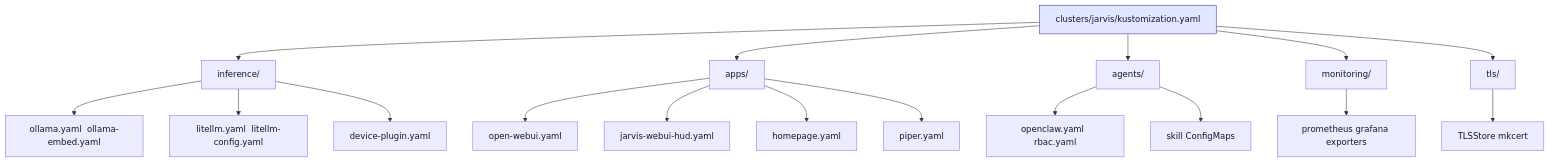
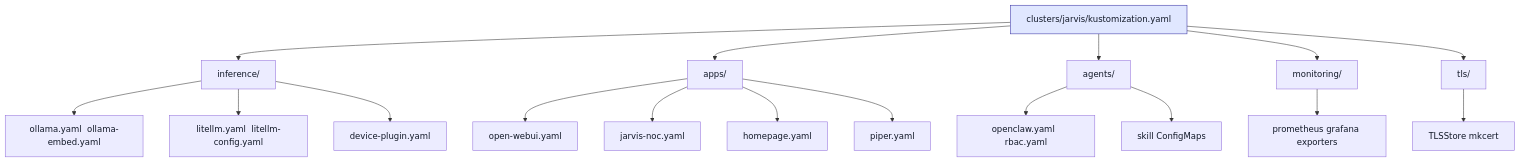
The third of 8 diagrams in README.md (gordoncooper/jarvis-cluster), drawn with Mermaid before and after one commit. The commit also changed other lines of this file, not shown here.

Commit message:
Point the map at jarvis-noc, not the deleted HUD ConfigMap.

````diff
--- a/README.md
+++ b/README.md
@@ -82,22 +82,22 @@
 ```mermaid
 flowchart TB
   classDef root fill:#e0e7ff,stroke:#3730a3,color:#111827
   FS["clusters/jarvis/kustomization.yaml"]
   FS --> Inf["inference/"]
   FS --> Apps["apps/"]
   FS --> Ag["agents/"]
   FS --> Mon["monitoring/"]
   FS --> Tls["tls/"]
   Inf --> Oll["ollama.yaml  ollama-embed.yaml"]
   Inf --> Lit["litellm.yaml  litellm-config.yaml"]
   Inf --> DP["device-plugin.yaml"]
   Apps --> OW["open-webui.yaml"]
-  Apps --> Hud["jarvis-webui-hud.yaml"]
+  Apps --> Noc["jarvis-noc.yaml"]
   Apps --> Home["homepage.yaml"]
   Apps --> Pip["piper.yaml"]
   Ag --> OC["openclaw.yaml  rbac.yaml"]
   Ag --> Sk["skill ConfigMaps"]
   Mon --> Pr["prometheus grafana exporters"]
   Tls --> TS["TLSStore mkcert"]
   class FS root
 ```
````
